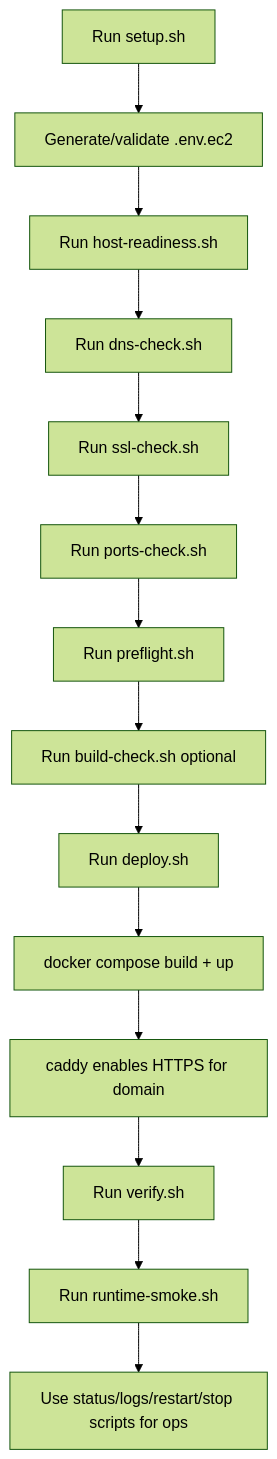
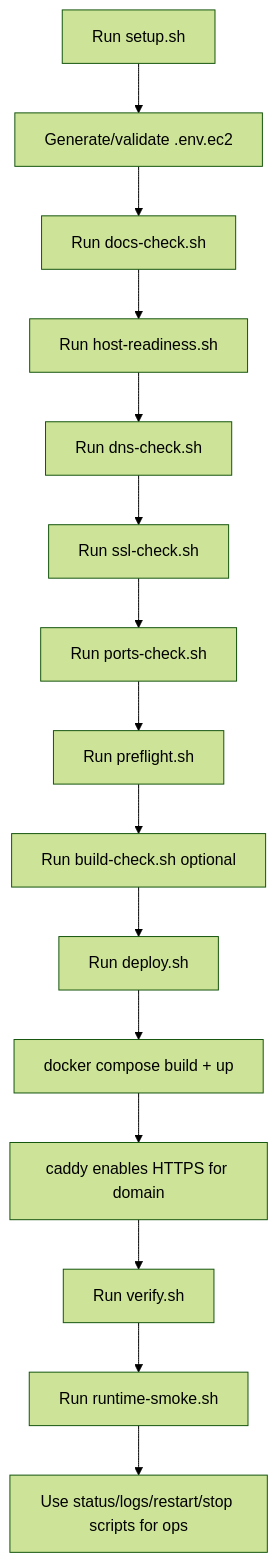
Before and after one commit to AmanVatsSharma/MailZen-Smart-Email-Management: the diagram in deploy/ec2/README.md, drawn with Mermaid (forest theme).

Commit message:
align deploy flowchart with docs-check stage in ec2 readme

````diff
--- a/deploy/ec2/README.md
+++ b/deploy/ec2/README.md
@@ -74,16 +74,17 @@
 ```mermaid
 flowchart TD
   A[Run setup.sh] --> B[Generate/validate .env.ec2]
-  B --> C[Run host-readiness.sh]
-  C --> D[Run dns-check.sh]
-  D --> E[Run ssl-check.sh]
-  E --> F[Run ports-check.sh]
-  F --> G[Run preflight.sh]
-  G --> H[Run build-check.sh optional]
-  H --> I[Run deploy.sh]
-  I --> J[docker compose build + up]
-  J --> K[caddy enables HTTPS for domain]
-  K --> L[Run verify.sh]
-  L --> M[Run runtime-smoke.sh]
-  M --> N[Use status/logs/restart/stop scripts for ops]
+  B --> C[Run docs-check.sh]
+  C --> D[Run host-readiness.sh]
+  D --> E[Run dns-check.sh]
+  E --> F[Run ssl-check.sh]
+  F --> G[Run ports-check.sh]
+  G --> H[Run preflight.sh]
+  H --> I[Run build-check.sh optional]
+  I --> J[Run deploy.sh]
+  J --> K[docker compose build + up]
+  K --> L[caddy enables HTTPS for domain]
+  L --> M[Run verify.sh]
+  M --> N[Run runtime-smoke.sh]
+  N --> O[Use status/logs/restart/stop scripts for ops]
 ```
````
